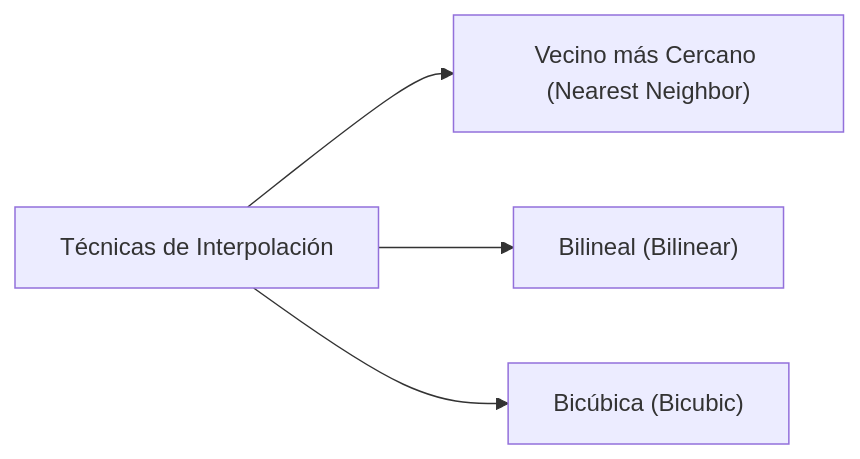
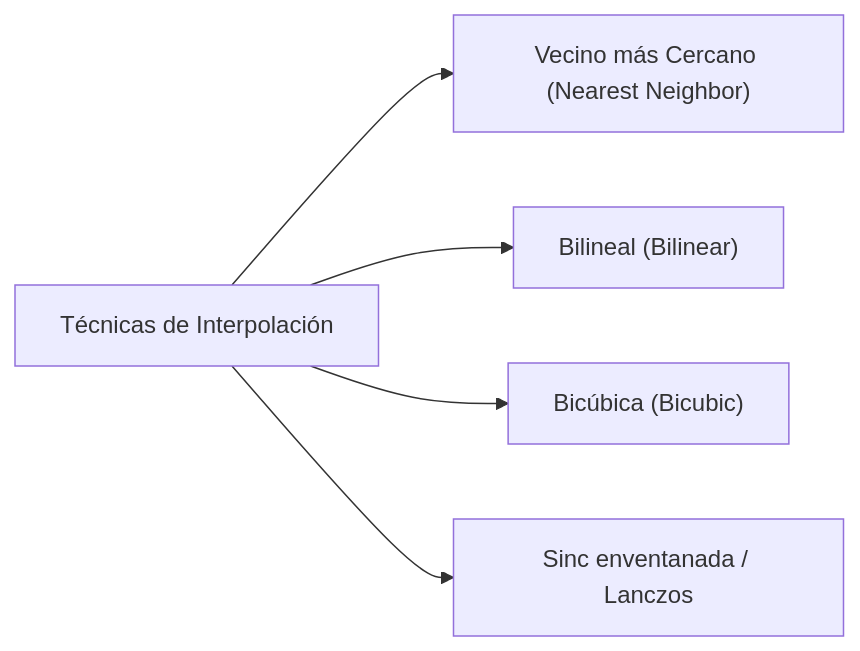
Before and after one commit to DanielChicoUGR/VC_APUNTES: the fifth of 5 diagrams in Tema 2/4. Piramides y Escala.md, drawn with Mermaid. The commit also changed other lines of this file and 10 other files, not shown here.

````diff
--- a/Tema 2/4. Piramides y Escala.md
+++ b/Tema 2/4. Piramides y Escala.md
@@ -158,6 +299,7 @@
 ```mermaid
 graph LR
     A[Técnicas de Interpolación] --> B["Vecino más Cercano (Nearest Neighbor)"]
     A --> C["Bilineal (Bilinear)"]
     A --> D["Bicúbica (Bicubic)"]
+    A --> E["Sinc enventanada / Lanczos"]
 ```
````
